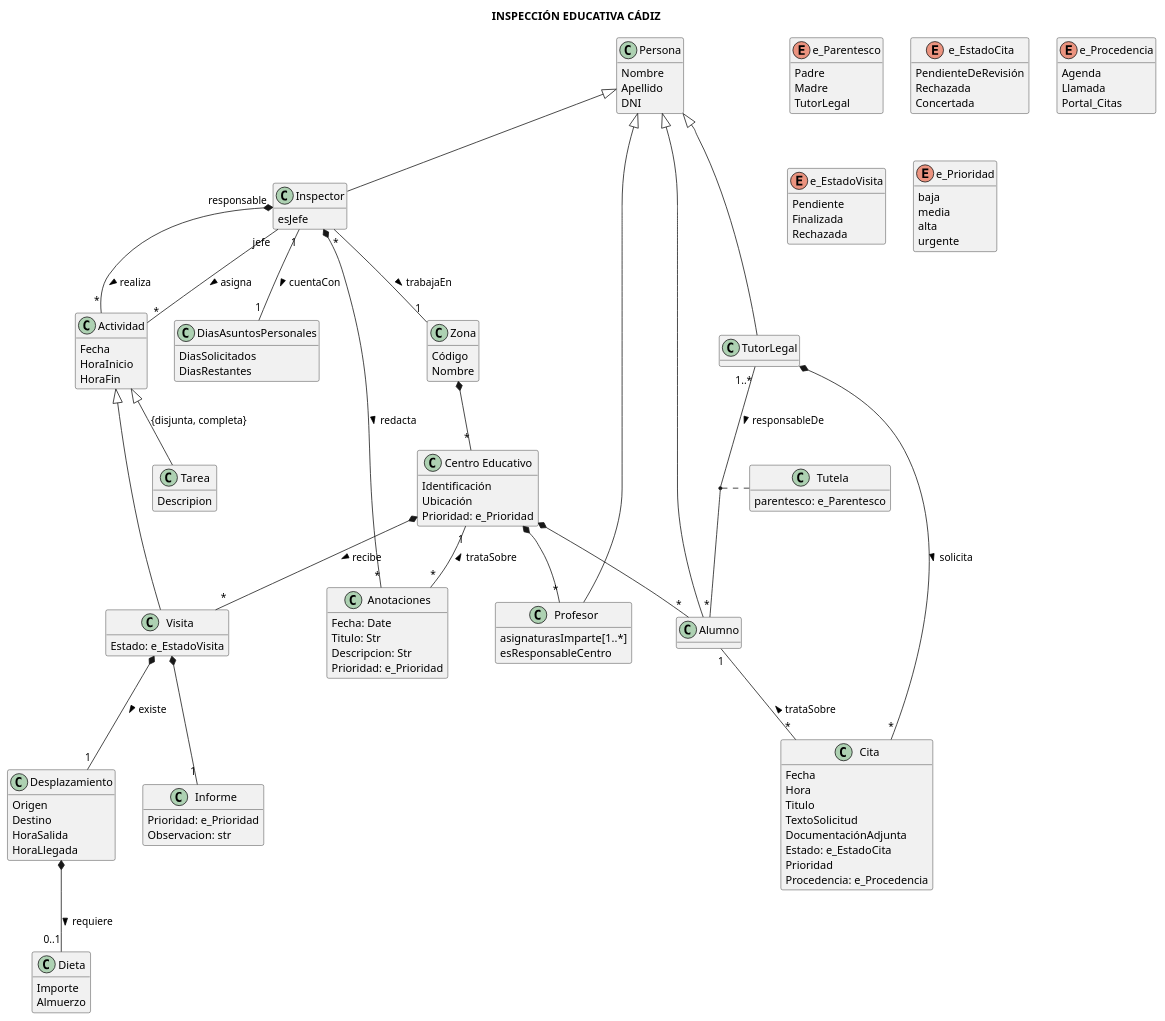
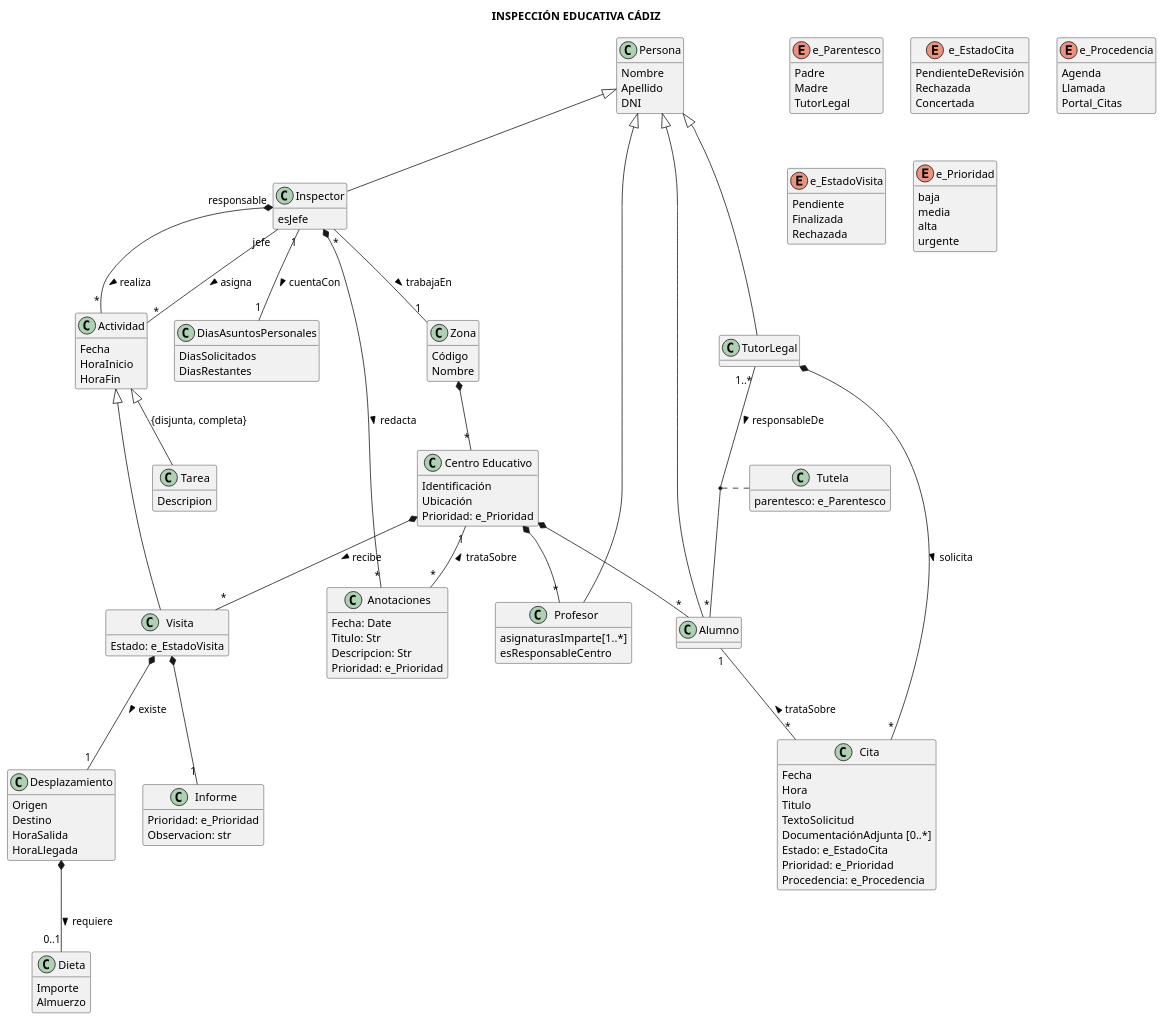
Before and after one commit to lorenzomaranon/ProyectoBD_Inspeccion_Educativa: the diagram in docs/modelado_conceptual.puml, drawn with PlantUML.

Commit message:
Corrijo atributos de clase cita

```diff
--- a/docs/modelado_conceptual.puml
+++ b/docs/modelado_conceptual.puml
@@ -111,9 +111,9 @@
     Hora
     Titulo
     TextoSolicitud
-    DocumentaciónAdjunta
+    DocumentaciónAdjunta [0..*]
     Estado: e_EstadoCita
-    Prioridad
+    Prioridad: e_Prioridad
     Procedencia: e_Procedencia
 }
 
```
